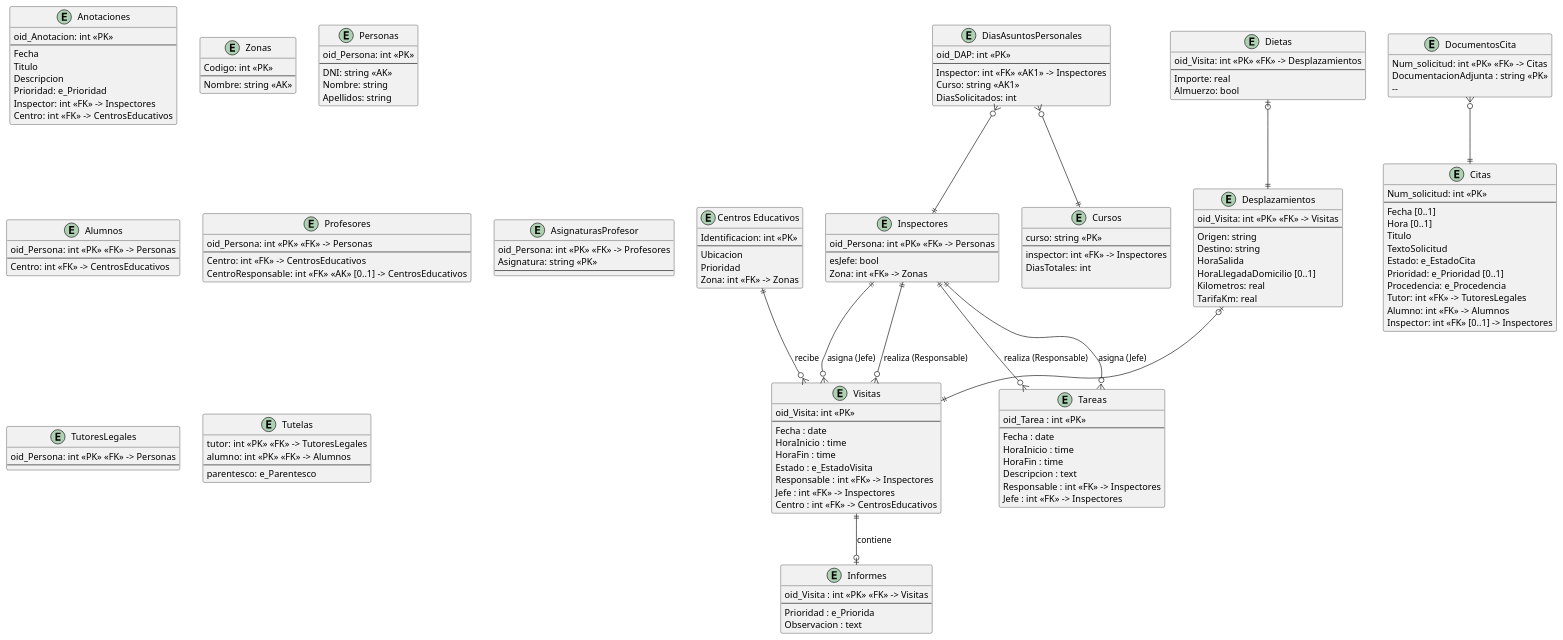
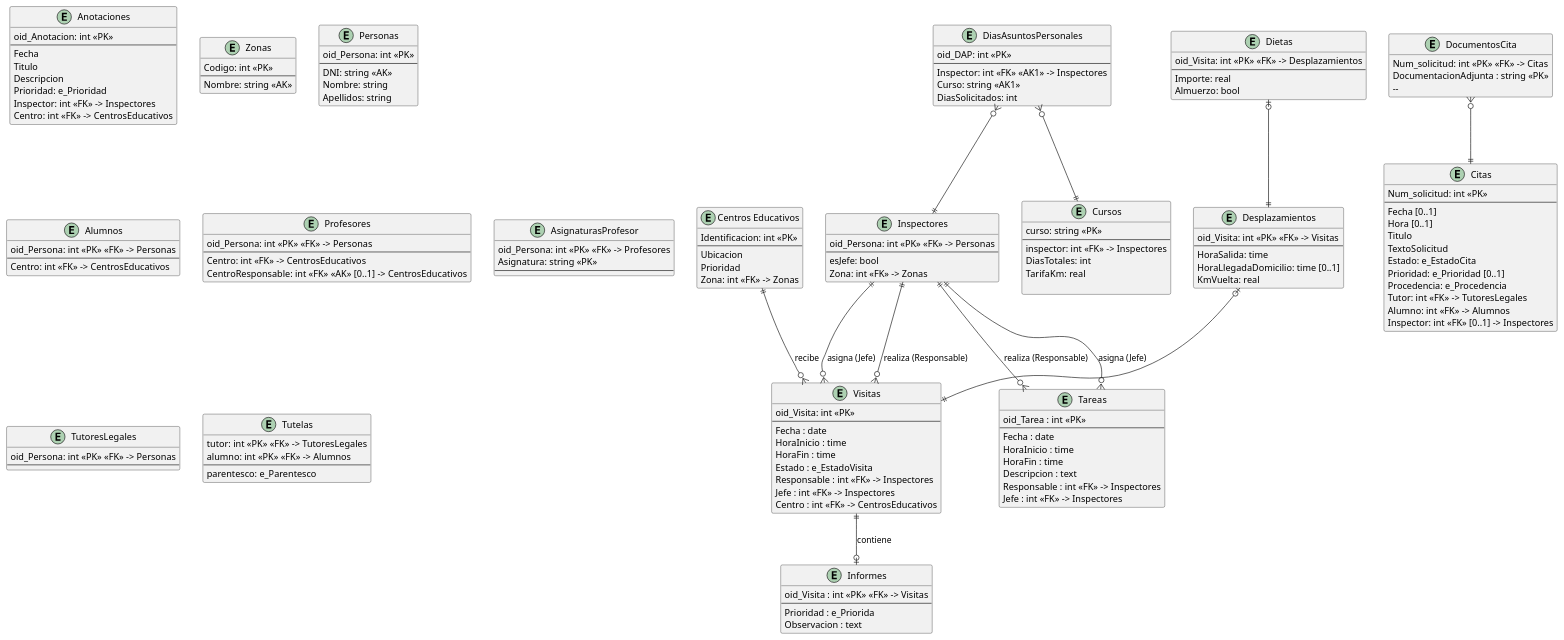
Before and after one commit to lorenzomaranon/ProyectoBD_Inspeccion_Educativa: the diagram in modelado/modelado_relacional.puml, drawn with PlantUML.

Commit message:
Convierte desplazamientos en 3FN (leer cuerpo del commit)
Para convertir desplazamientos en 3FN tengo que separar la tarifaKm y meterla en la tabla cursos porque depende del curso y habria dependenia transitiva. Por otro lado, elimino origen y destino ya que el primero siempre es desde cadiz y seria redundante, asi que creo un atributo nuevo llamado KmVuelta que es para que el inspector añada los km que hace del centro a su casa que son los que varían en cada visita. Para poder seguir calculando los km de la primera parte del desplazamiento (desde cadiz) añado un atributo en la entidad Centros (que no es mía, por eso esta rama nueva) llamado KmDesdeCadiz.

```diff
--- a/modelado/modelado_relacional.puml
+++ b/modelado/modelado_relacional.puml
@@ -1,178 +1,177 @@
 @startuml modelado_relacional
 hide methods
 skinparam ClassAttributeIconSize 0
 
 
 entity "Centros Educativos" as CentrosEducativos {
     Identificacion: int <<PK>>
     --
     Ubicacion
     Prioridad
     Zona: int <<FK>> -> Zonas
 }
 
 entity DocumentosCita {
     Num_solicitud: int <<PK>> <<FK>> -> Citas
     DocumentacionAdjunta : string <<PK>>
     --   
 }
 
 entity Citas {
     Num_solicitud: int <<PK>> 
     --
     Fecha [0..1]
     Hora [0..1]
     Titulo
     TextoSolicitud
     Estado: e_EstadoCita
     Prioridad: e_Prioridad [0..1]
     Procedencia: e_Procedencia
     Tutor: int <<FK>> -> TutoresLegales
     Alumno: int <<FK>> -> Alumnos
     Inspector: int <<FK>> [0..1] -> Inspectores
 }
 
 entity Anotaciones {
     oid_Anotacion: int <<PK>>
     --
     Fecha
     Titulo
     Descripcion
     Prioridad: e_Prioridad
     Inspector: int <<FK>> -> Inspectores
     Centro: int <<FK>> -> CentrosEducativos
 }
 
 entity Visitas {
     oid_Visita: int <<PK>>
     --
     Fecha : date
     HoraInicio : time
     HoraFin : time
     Estado : e_EstadoVisita
     Responsable : int <<FK>> -> Inspectores
     Jefe : int <<FK>> -> Inspectores
     Centro : int <<FK>> -> CentrosEducativos
 }
 
 entity Informes {
     oid_Visita : int <<PK>> <<FK>> -> Visitas
     --
     Prioridad : e_Priorida
     Observacion : text
 }
 
 entity Tareas {
     oid_Tarea : int <<PK>>
     --
     Fecha : date
     HoraInicio : time
     HoraFin : time
     Descripcion : text
     Responsable : int <<FK>> -> Inspectores
     Jefe : int <<FK>> -> Inspectores
 }
 
 entity Zonas {
     Codigo: int <<PK>>
     --
     Nombre: string <<AK>>
 }
 
 entity Personas {
     oid_Persona: int <<PK>>
     --
     DNI: string <<AK>>
     Nombre: string
     Apellidos: string
 }
 
 entity Inspectores {
     oid_Persona: int <<PK>> <<FK>> -> Personas
     --
     esJefe: bool
     Zona: int <<FK>> -> Zonas
 }
 
 entity Alumnos {
     oid_Persona: int <<PK>> <<FK>> -> Personas
     --
     Centro: int <<FK>> -> CentrosEducativos
 }
 
 entity Profesores {
     oid_Persona: int <<PK>> <<FK>> -> Personas
     --
     Centro: int <<FK>> -> CentrosEducativos
     CentroResponsable: int <<FK>> <<AK>> [0..1] -> CentrosEducativos
 }
 
 entity AsignaturasProfesor {
     oid_Persona: int <<PK>> <<FK>> -> Profesores
     Asignatura: string <<PK>>
     --
 }
 
 entity TutoresLegales {
     oid_Persona: int <<PK>> <<FK>> -> Personas
     --
 }
 
 entity Tutelas {
     tutor: int <<PK>> <<FK>> -> TutoresLegales
     alumno: int <<PK>> <<FK>> -> Alumnos
     --
     parentesco: e_Parentesco
 }
 
 Inspectores ||--o{ Visitas : realiza (Responsable)
 Inspectores ||--o{ Visitas : asigna (Jefe)
 Inspectores ||--o{ Tareas : realiza (Responsable)
 Inspectores ||--o{ Tareas : asigna (Jefe)
 CentrosEducativos ||--o{ Visitas : recibe
 Visitas ||--o| Informes : contiene
 
 entity Desplazamientos {
     oid_Visita: int <<PK>> <<FK>> -> Visitas
     --
-    Origen: string
-    Destino: string
-    HoraSalida
-    HoraLlegadaDomicilio [0..1]
-    Kilometros: real
-    TarifaKm: real
+    HoraSalida: time
+    HoraLlegadaDomicilio: time [0..1]
+    KmVuelta: real
 }
 
 entity Dietas {
     oid_Visita: int <<PK>> <<FK>> -> Desplazamientos
     --
     Importe: real
     Almuerzo: bool
 }
 
 Desplazamientos |o--||Visitas
 Dietas |o--||Desplazamientos
 
 entity DiasAsuntosPersonales {
     oid_DAP: int <<PK>>
     --
     Inspector: int <<FK>> <<AK1>> -> Inspectores
     Curso: string <<AK1>>
     DiasSolicitados: int
 }
 
 entity Cursos {
     curso: string <<PK>>
     --
     inspector: int <<FK>> -> Inspectores
     DiasTotales: int
+    '¿Cada inspector puede contar con DAP distintos? porque sino esta FK no tiene sentido'
+    TarifaKm: real
 
 }
 
 DiasAsuntosPersonales }o--||Cursos
 DiasAsuntosPersonales }o--||Inspectores
 
 '------- ASOCIACIONES --------------------------------------
 DocumentosCita }o--|| Citas
 
 @enduml
```
